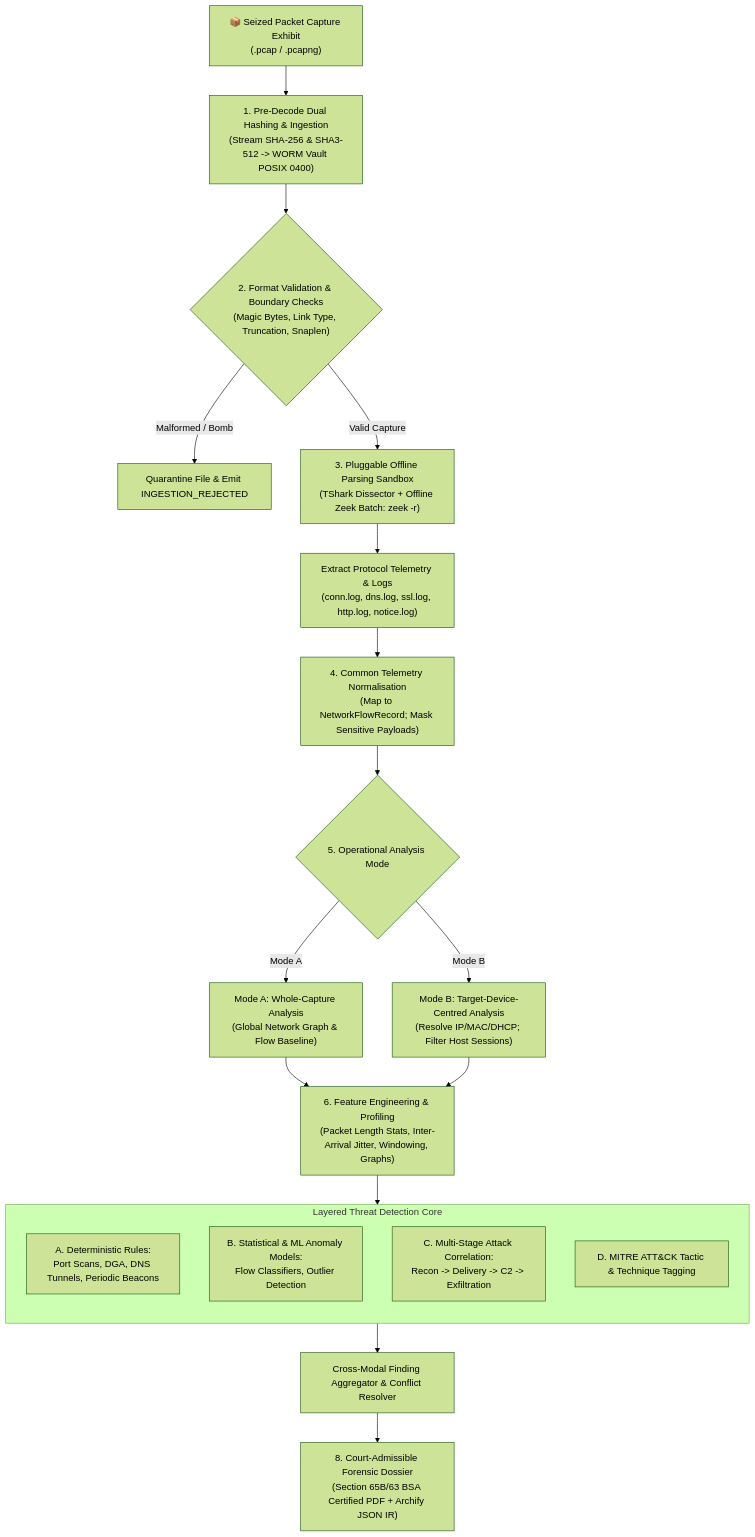
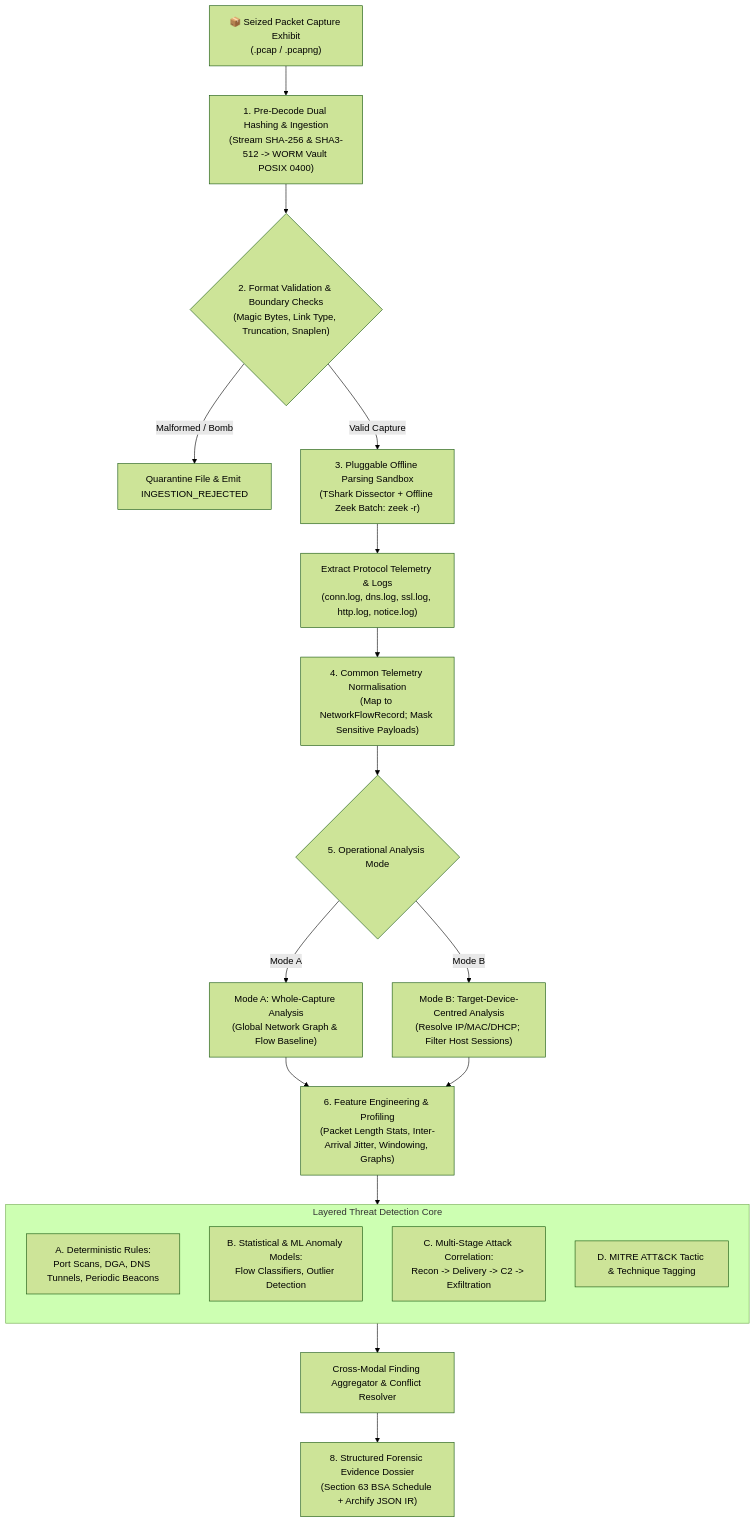
Before and after one commit to Subhadip-Paul2006/BHack-Docs: the sixth of 15 diagrams in README.md, drawn with Mermaid (forest theme). The commit also changed other lines of this file and 1 other file, not shown here.

````diff
--- a/README.md
+++ b/README.md
@@ -738,34 +738,34 @@
 ```mermaid
 flowchart TD
     RAW_PCAP["📦 Seized Packet Capture Exhibit<br/>(.pcap / .pcapng)"] --> INGEST["1. Pre-Decode Dual Hashing & Ingestion<br/>(Stream SHA-256 & SHA3-512 -> WORM Vault POSIX 0400)"]
 
     INGEST --> VALIDATE{"2. Format Validation & Boundary Checks<br/>(Magic Bytes, Link Type, Truncation, Snaplen)"}
 
     VALIDATE -->|Malformed / Bomb| QUARANTINE["Quarantine File & Emit INGESTION_REJECTED"]
     VALIDATE -->|Valid Capture| DISPATCH["3. Pluggable Offline Parsing Sandbox<br/>(TShark Dissector + Offline Zeek Batch: zeek -r)"]
 
     DISPATCH --> EXTRACT_LOGS["Extract Protocol Telemetry & Logs<br/>(conn.log, dns.log, ssl.log, http.log, notice.log)"]
 
     EXTRACT_LOGS --> NORM["4. Common Telemetry Normalisation<br/>(Map to NetworkFlowRecord; Mask Sensitive Payloads)"]
 
     NORM --> MODE_SELECT{"5. Operational Analysis Mode"}
 
     MODE_SELECT -->|Mode A| WHOLE_CAP["Mode A: Whole-Capture Analysis<br/>(Global Network Graph & Flow Baseline)"]
     MODE_SELECT -->|Mode B| DEV_SCOPE["Mode B: Target-Device-Centred Analysis<br/>(Resolve IP/MAC/DHCP; Filter Host Sessions)"]
 
     WHOLE_CAP --> FEAT["6. Feature Engineering & Profiling<br/>(Packet Length Stats, Inter-Arrival Jitter, Windowing, Graphs)"]
     DEV_SCOPE --> FEAT
 
     FEAT --> DETECT_LAYER["7. Layered Threat Analysis Core"]
 
     subgraph DETECT_LAYER["Layered Threat Detection Core"]
         direction TB
         RULE_DET["A. Deterministic Rules:<br/>Port Scans, DGA, DNS Tunnels, Periodic Beacons"]
         ML_DET["B. Statistical & ML Anomaly Models:<br/>Flow Classifiers, Outlier Detection"]
         CORR_DET["C. Multi-Stage Attack Correlation:<br/>Recon -> Delivery -> C2 -> Exfiltration"]
         ATTACK_MAP["D. MITRE ATT&CK Tactic & Technique Tagging"]
     end
 
     DETECT_LAYER --> FUSION["Cross-Modal Finding Aggregator & Conflict Resolver"]
-    FUSION --> REPORT["8. Court-Admissible Forensic Dossier<br/>(Section 65B/63 BSA Certified PDF + Archify JSON IR)"]
+    FUSION --> REPORT["8. Structured Forensic Evidence Dossier<br/>(Section 63 BSA Schedule + Archify JSON IR)"]
 ```
````
